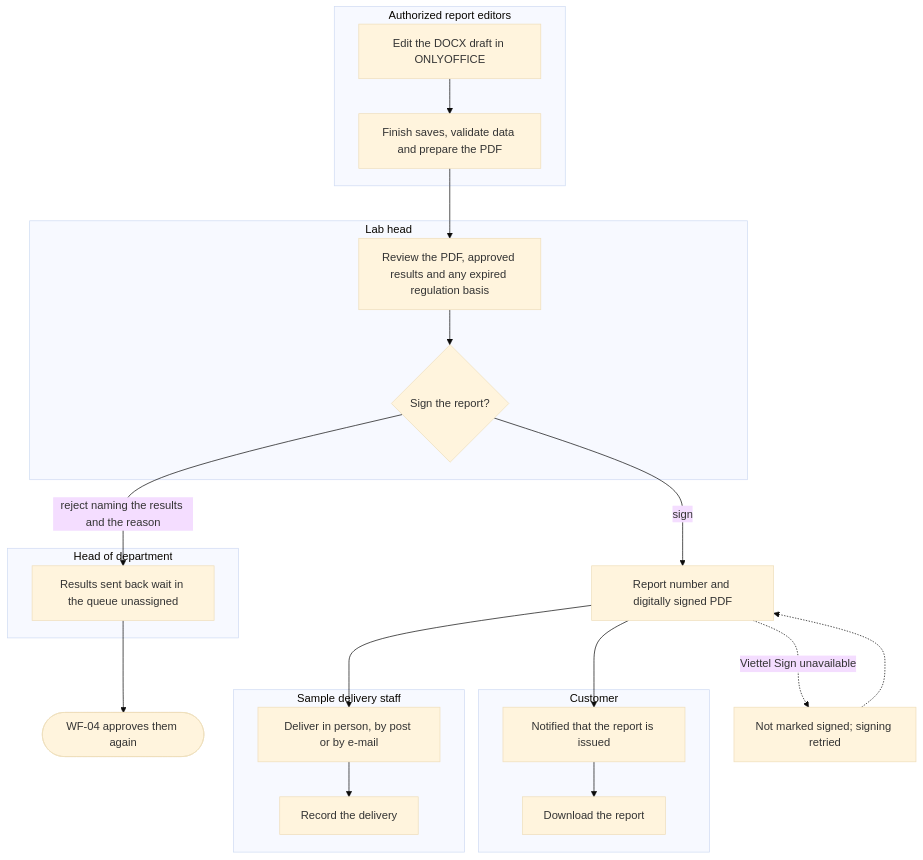
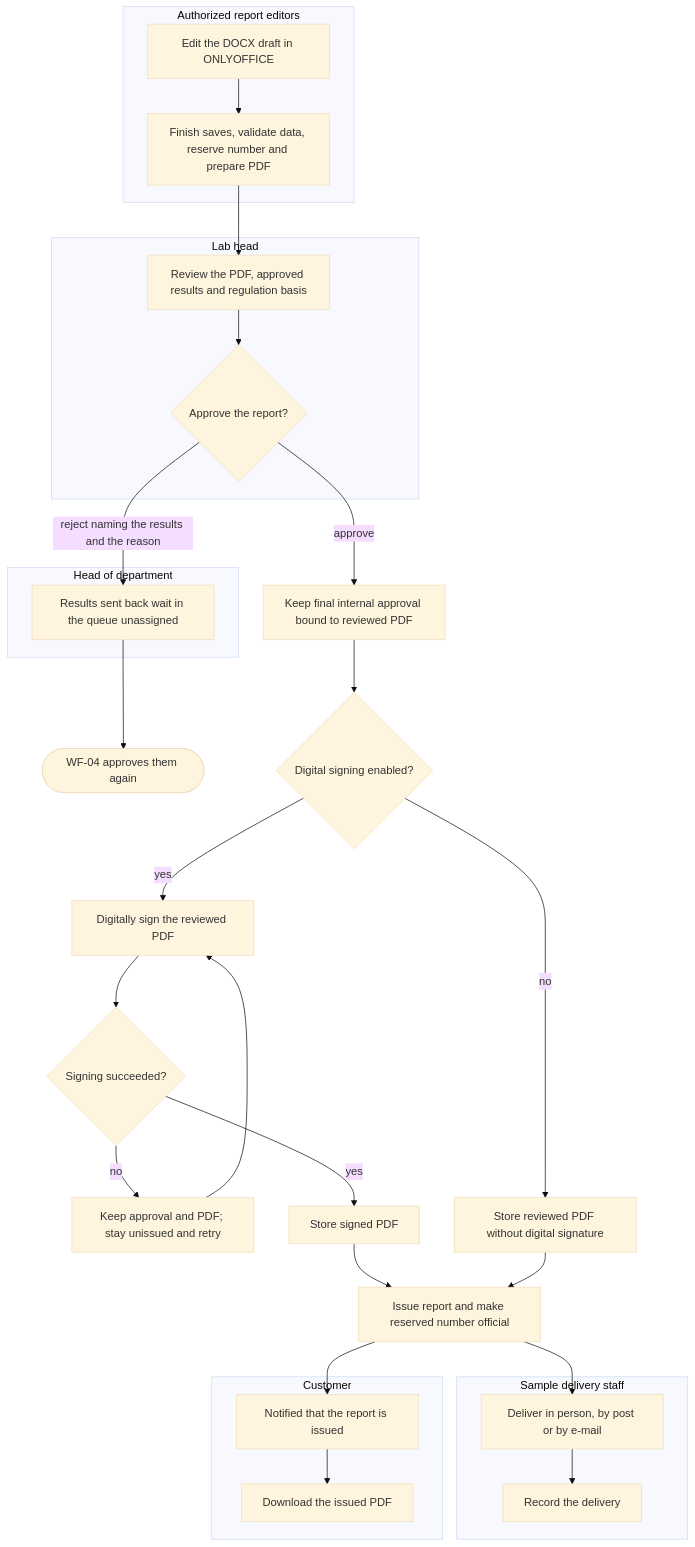
Before and after one commit to SoltuneMontepre/medilab: the sixth of 17 diagrams in docs/functional/business-flows.md, drawn with Mermaid (base theme). The commit also changed other lines of this file and 8 other files, not shown here.

Commit message:
[docs] Align business flows and sign reports before issuance

````diff
--- a/docs/functional/business-flows.md
+++ b/docs/functional/business-flows.md
@@ -290,24 +288,31 @@
 ```mermaid
 flowchart TD
     subgraph report_editors ["Authorized report editors"]
-        p1[Edit the DOCX draft in ONLYOFFICE] --> p2[Finish saves, validate data and prepare the PDF]
+        p1[Edit the DOCX draft in ONLYOFFICE] --> p2[Finish saves, validate data, reserve number and prepare PDF]
     end
     subgraph lane15 ["Lab head"]
-        l1[Review the PDF, approved results and any expired regulation basis] --> l2{Sign the report?}
+        l1[Review the PDF, approved results and regulation basis] --> l2{Approve the report?}
     end
     subgraph lane16 ["Head of department"]
         h1[Results sent back wait in the queue unassigned]
     end
     subgraph lane17 ["Sample delivery staff"]
         d1[Deliver in person, by post or by e-mail] --> d2[Record the delivery]
     end
     subgraph lane18 ["Customer"]
-        c1[Notified that the report is issued] --> c2[Download the report]
+        c1[Notified that the report is issued] --> c2[Download the issued PDF]
     end
     p2 --> l1
     l2 -->|reject naming the results and the reason| h1 --> wf04([WF-04 approves them again])
-    l2 -->|sign| issued[Report number and digitally signed PDF]
+    l2 -->|approve| approved[Keep final internal approval bound to reviewed PDF]
+    approved --> enabled{Digital signing enabled?}
+    enabled -->|yes| digital[Digitally sign the reviewed PDF]
+    digital --> success{Signing succeeded?}
+    success -->|no| retry[Keep approval and PDF; stay unissued and retry] --> digital
+    success -->|yes| stored[Store signed PDF]
+    enabled -->|no| plain[Store reviewed PDF without digital signature]
+    stored --> issued[Issue report and make reserved number official]
+    plain --> issued
     issued --> d1
     issued --> c1
-    issued -.->|Viettel Sign unavailable| retry["Not marked signed; signing retried"] -.-> issued
 ```
````
